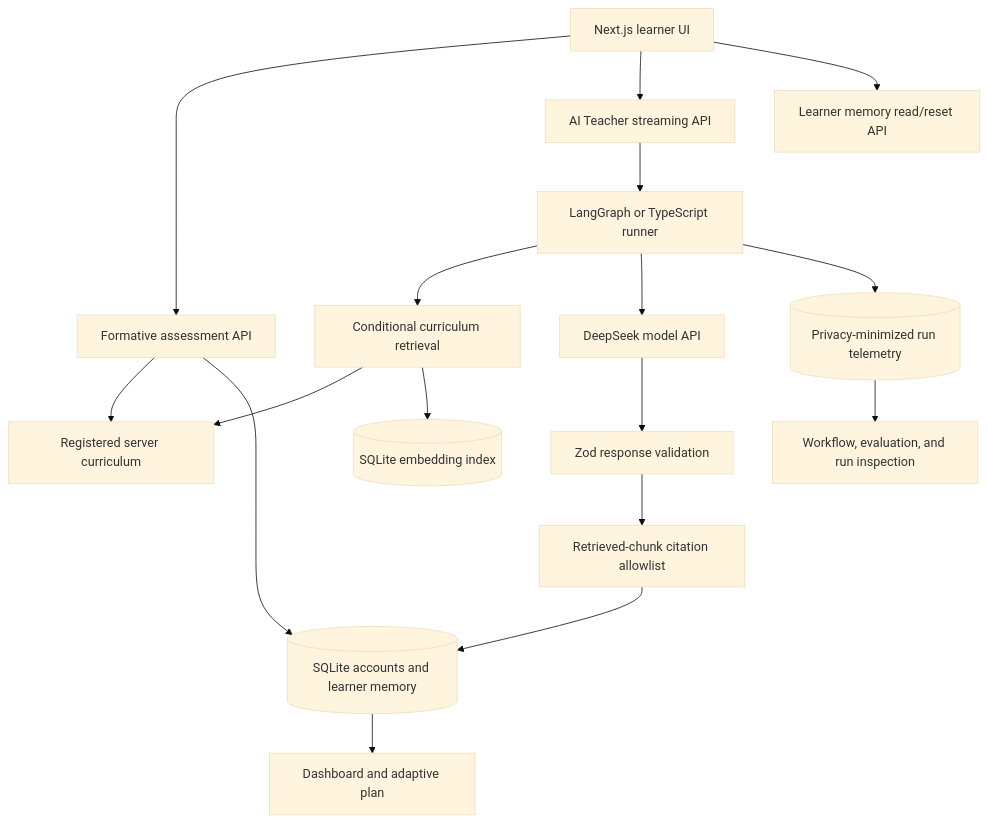
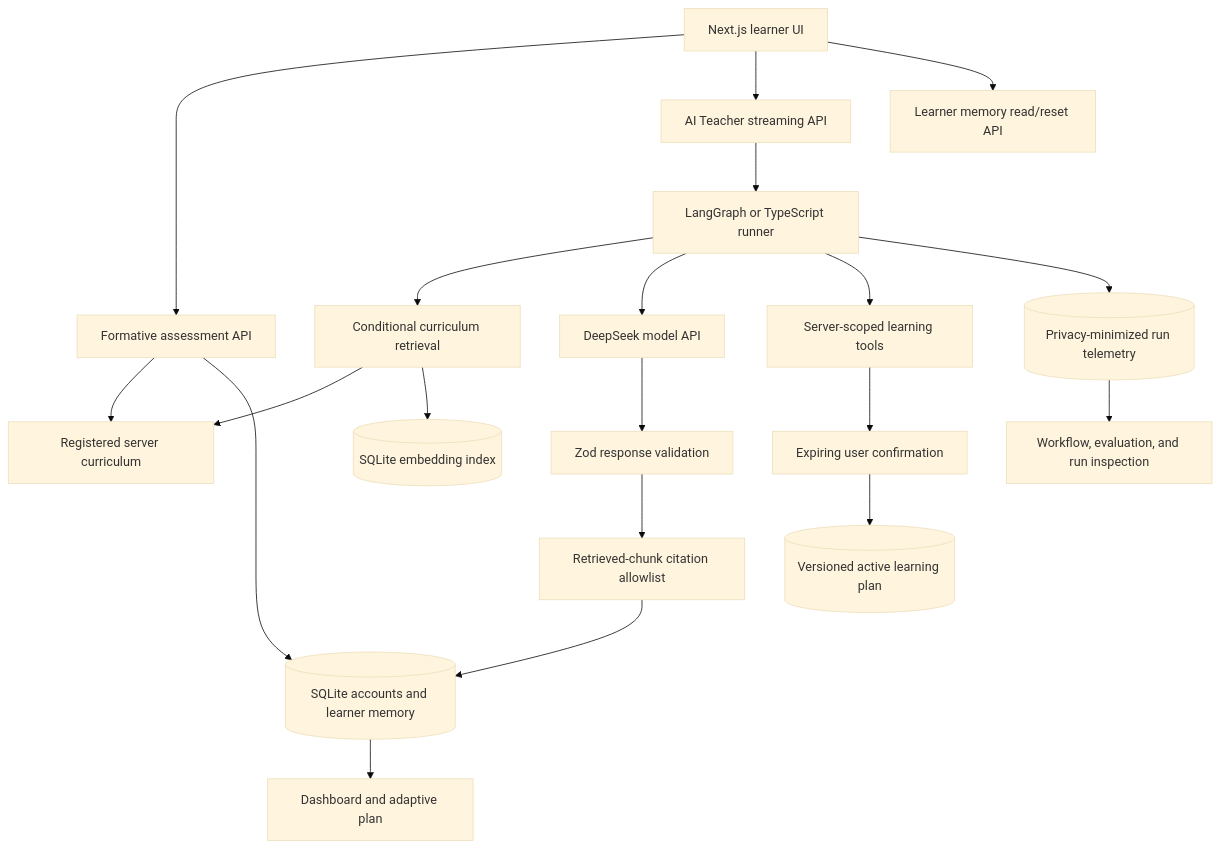
Before and after one commit to yemingc/ai-learning-platform: the diagram in docs/ARCHITECTURE.md, drawn with Mermaid (base theme). The commit also changed other lines of this file and 29 other files, not shown here.

Commit message:
feat: add confirmed learning-plan agent tools

````diff
--- a/docs/ARCHITECTURE.md
+++ b/docs/ARCHITECTURE.md
@@ -28,23 +28,26 @@
 ```mermaid
 flowchart TD
     Browser["Next.js learner UI"]
     Browser --> AssessmentAPI["Formative assessment API"]
     Browser --> TeacherAPI["AI Teacher streaming API"]
     Browser --> MemoryAPI["Learner memory read/reset API"]
 
     AssessmentAPI --> Curriculum["Registered server curriculum"]
     AssessmentAPI --> LearnerDB[("SQLite accounts and learner memory")]
 
     TeacherAPI --> Workflow["LangGraph or TypeScript runner"]
     Workflow --> Retrieval["Conditional curriculum retrieval"]
     Retrieval --> Curriculum
     Retrieval --> VectorDB[("SQLite embedding index")]
     Workflow --> DeepSeek["DeepSeek model API"]
     DeepSeek --> Contract["Zod response validation"]
     Contract --> CitationGate["Retrieved-chunk citation allowlist"]
     CitationGate --> LearnerDB
+    Workflow --> AgentTools["Server-scoped learning tools"]
+    AgentTools --> Confirmation["Expiring user confirmation"]
+    Confirmation --> PlanDB[("Versioned active learning plan")]
 
     Workflow --> RunDB[("Privacy-minimized run telemetry")]
     LearnerDB --> Dashboard["Dashboard and adaptive plan"]
     RunDB --> DevTools["Workflow, evaluation, and run inspection"]
 ```
````
